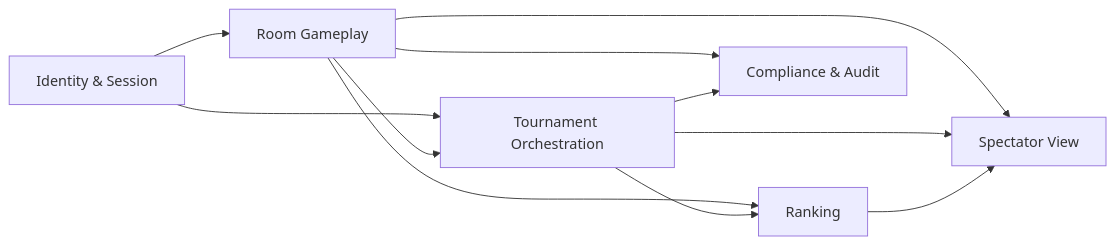
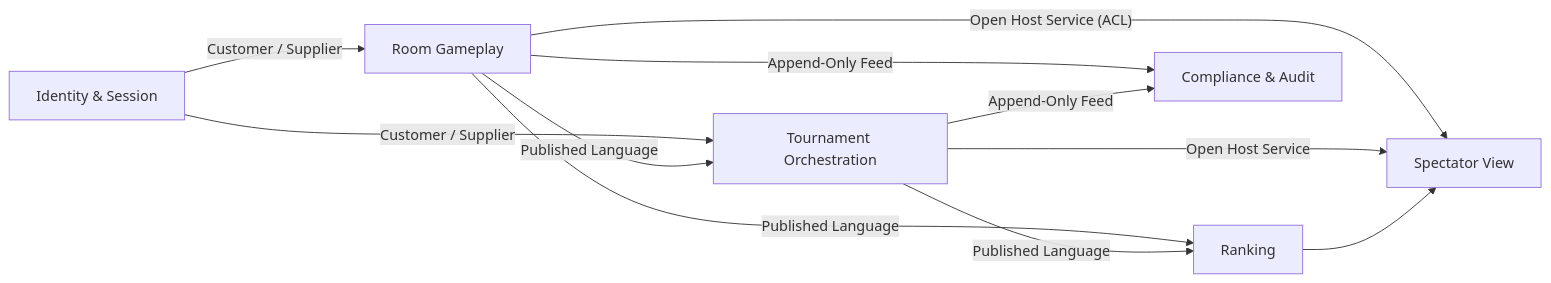
Before and after one commit to Nbellavitis/TP-Final-microservicios: the diagram in 02-bounded-contexts-and-context-map.md, drawn with Mermaid. The commit also changed other lines of this file and 5 other files, not shown here.

````diff
--- a/02-bounded-contexts-and-context-map.md
+++ b/02-bounded-contexts-and-context-map.md
@@ -127,16 +127,16 @@
 ```mermaid
 flowchart LR
-    IS[Identity & Session] --> RG[Room Gameplay]
-    IS --> TO[Tournament Orchestration]
+    IS[Identity & Session] -- "Customer / Supplier" --> RG[Room Gameplay]
+    IS -- "Customer / Supplier" --> TO[Tournament Orchestration]
 
-    RG --> SV[Spectator View]
-    RG --> RK[Ranking]
-    RG --> AU[Compliance & Audit]
-    RG --> TO[Tournament Orchestration]
+    RG -- "Open Host Service (ACL)" --> SV[Spectator View]
+    RG -- "Published Language" --> RK[Ranking]
+    RG -- "Append-Only Feed" --> AU[Compliance & Audit]
+    RG -- "Published Language" --> TO[Tournament Orchestration]
 
-    TO --> SV
-    TO --> RK
-    TO --> AU
+    TO -- "Open Host Service" --> SV
+    TO -- "Published Language" --> RK
+    TO -- "Append-Only Feed" --> AU
 
     RK --> SV
 ```
````
